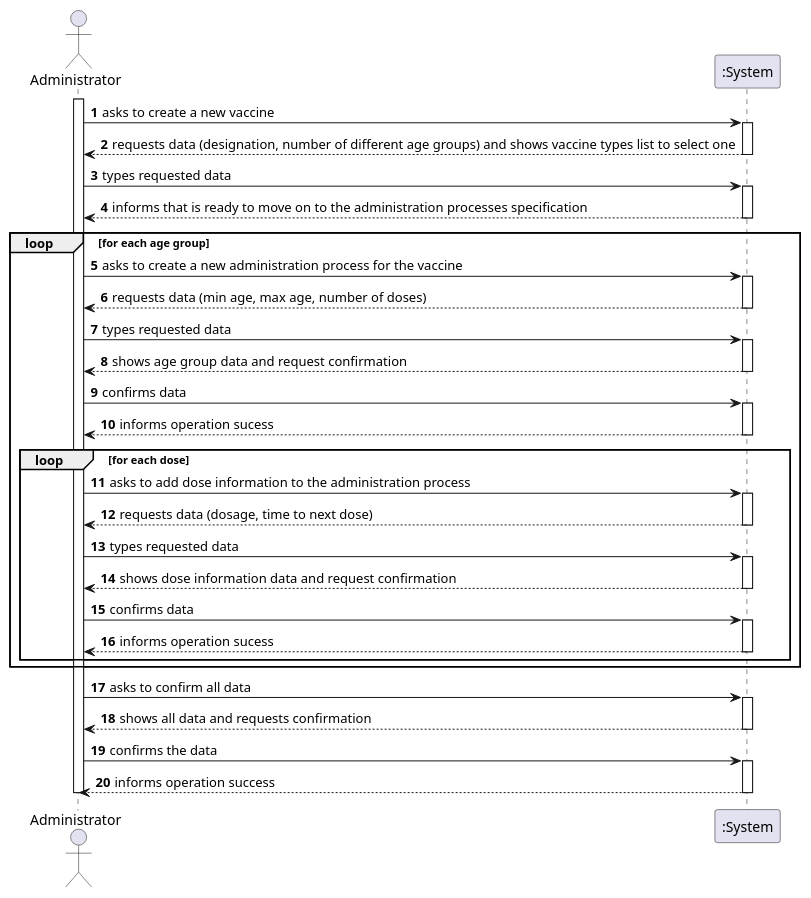
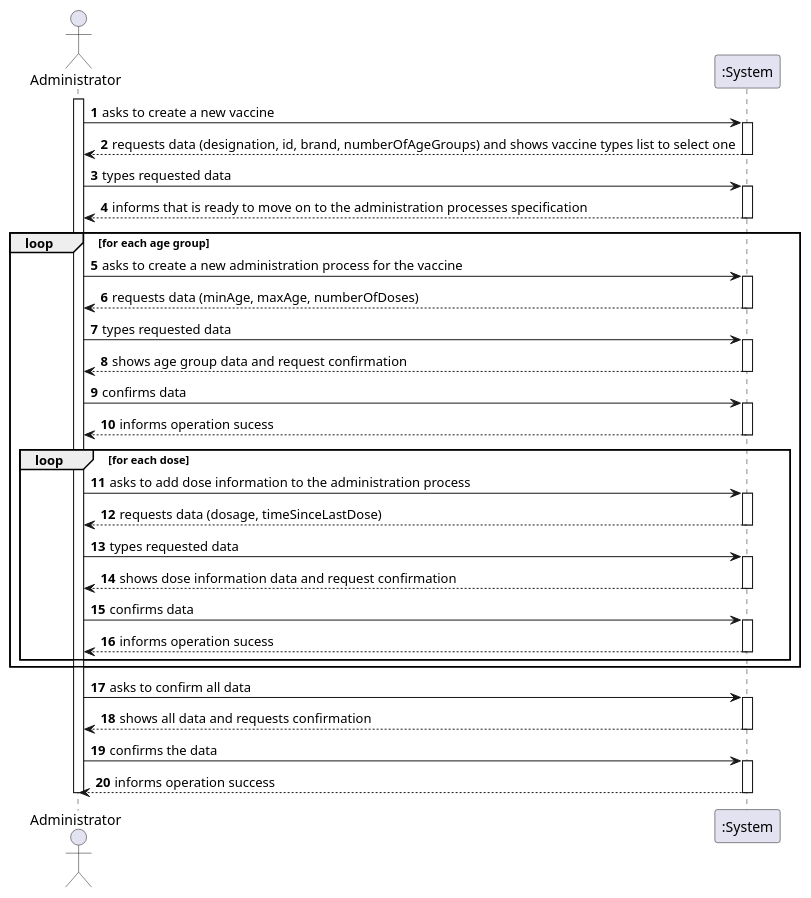
One commit to miseEnPlace-i/lapr2 changed the diagram in docs/SprintB/US13/SSD/US13_SSD_v2.puml. Above: the diagram before and after it, drawn with PlantUML. The commit also changed 5 other files, not shown here.

```diff
--- a/docs/SprintB/US13/SSD/US13_SSD_v2.puml
+++ b/docs/SprintB/US13/SSD/US13_SSD_v2.puml
@@ -1,58 +1,58 @@
 @startuml
 autonumber
 actor "Administrator" as OE
 
 activate OE
 OE -> ":System" : asks to create a new vaccine
 activate ":System"
-":System" --> OE : requests data (designation, number of different age groups) and shows vaccine types list to select one
+":System" --> OE : requests data (designation, id, brand, numberOfAgeGroups) and shows vaccine types list to select one
 deactivate ":System"
 
 OE -> ":System" : types requested data
 activate ":System"
 ":System" --> OE : informs that is ready to move on to the administration processes specification
 deactivate ":System"
 
 loop for each age group
     OE -> ":System" : asks to create a new administration process for the vaccine
     activate ":System"
-    ":System" --> OE : requests data (min age, max age, number of doses)
+    ":System" --> OE : requests data (minAge, maxAge, numberOfDoses)
     deactivate ":System"
     OE -> ":System" : types requested data
     activate ":System"
     ":System" --> OE : shows age group data and request confirmation
     deactivate ":System"
     OE -> ":System" : confirms data
     activate ":System"
     ":System" --> OE : informs operation sucess
     deactivate ":System"
     
     loop for each dose
         OE -> ":System" : asks to add dose information to the administration process
         activate ":System"
-        ":System" --> OE : requests data (dosage, time to next dose)
+        ":System" --> OE : requests data (dosage, timeSinceLastDose)
         deactivate ":System"
         OE -> ":System" : types requested data
         activate ":System"
         ":System" --> OE : shows dose information data and request confirmation
         deactivate ":System"
         OE -> ":System" : confirms data
         activate ":System"
         ":System" --> OE : informs operation sucess
         deactivate ":System"
     end
 
 end
 
 OE -> ":System" : asks to confirm all data
 activate ":System"
 ":System" --> OE : shows all data and requests confirmation
 deactivate ":System"
 OE -> ":System" : confirms the data
 activate ":System"
 ":System" --> OE : informs operation success
 deactivate ":System"
 
 deactivate OE
 
 @enduml
```
